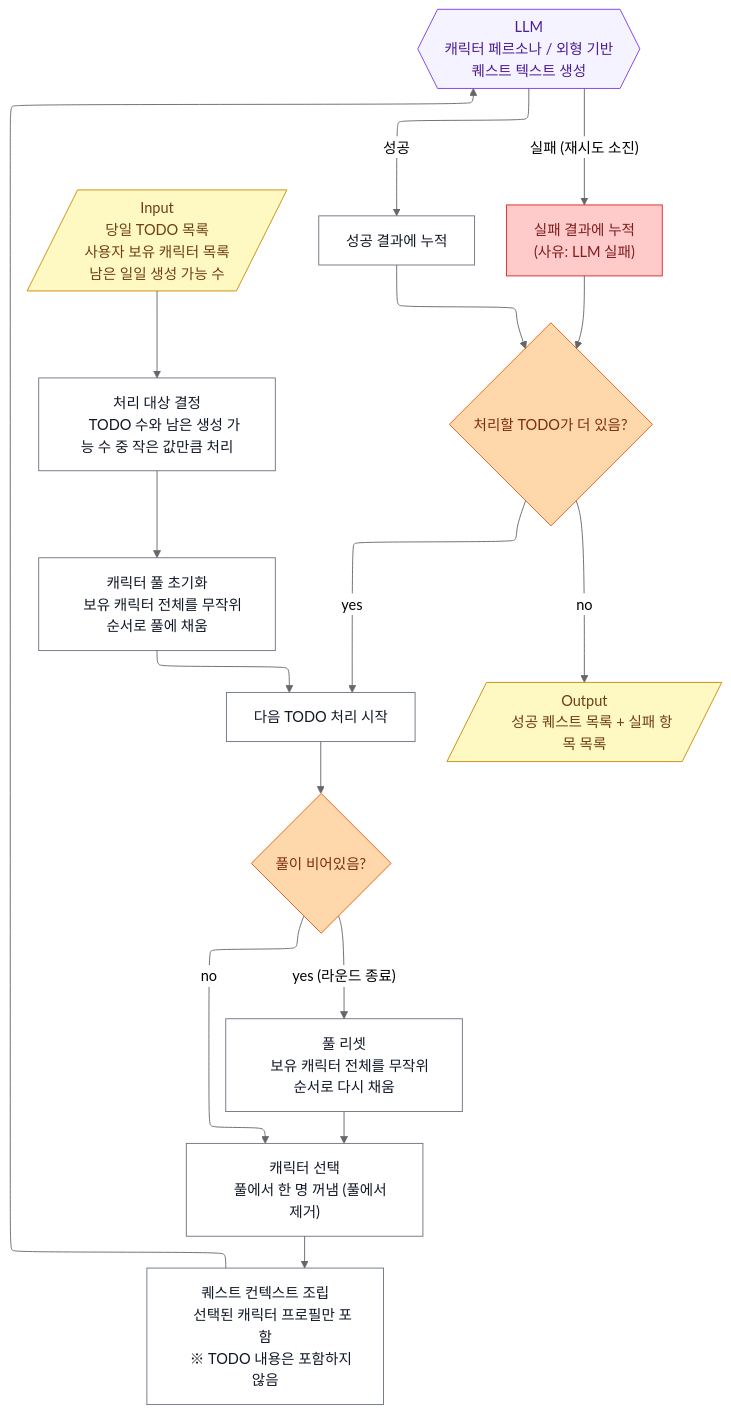
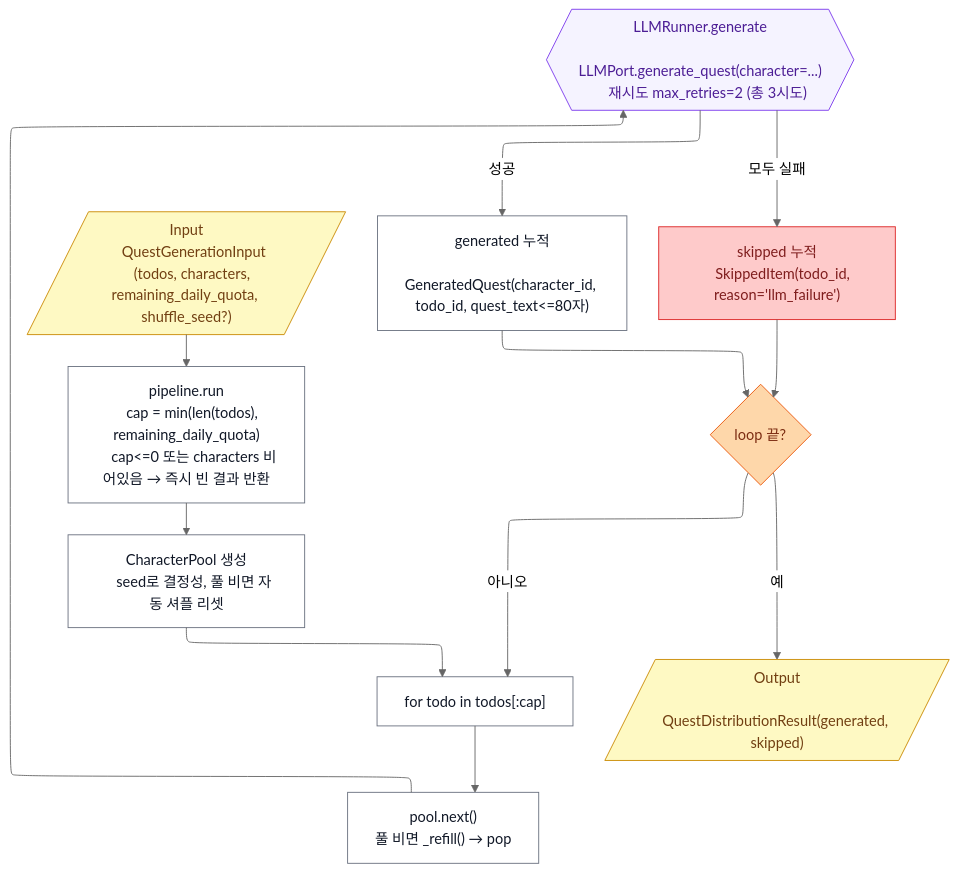
One commit to mong-studio/mongle-ai changed the diagram in docs/features/quest_generation/architecture.mmd. Above: the diagram before and after it, drawn with Mermaid (neutral theme).

Commit message:
docs(quest_generation): update architecture.mmd to as-built (functional pipeline)

```diff
--- a/docs/features/quest_generation/architecture.mmd
+++ b/docs/features/quest_generation/architecture.mmd
@@ -1,62 +1,53 @@
 ---
 config:
   layout: elk
 ---
 flowchart TB
     A[/"Input
-    당일 TODO 목록
-    사용자 보유 캐릭터 목록
-    남은 일일 생성 가능 수"/]
+    QuestGenerationInput
+    (todos, characters, remaining_daily_quota, shuffle_seed?)"/]
 
-    A --> CAP["처리 대상 결정
-    TODO 수와 남은 생성 가능 수 중 작은 값만큼 처리"]
+    A --> CAP["pipeline.run
+    cap = min(len(todos), remaining_daily_quota)
+    cap<=0 또는 characters 비어있음 → 즉시 빈 결과 반환"]
 
-    CAP --> INIT["캐릭터 풀 초기화
-    보유 캐릭터 전체를 무작위 순서로 풀에 채움"]
+    CAP --> INIT["CharacterPool 생성
+    seed로 결정성, 풀 비면 자동 셔플 리셋"]
 
-    INIT --> LP["다음 TODO 처리 시작"]
+    INIT --> LOOP["for todo in todos[:cap]"]
 
-    LP --> PC{"풀이 비어있음?"}
-    PC -- yes (라운드 종료) --> REFILL["풀 리셋
-    보유 캐릭터 전체를 무작위 순서로 다시 채움"]
-    REFILL --> CS
-    PC -- no --> CS["캐릭터 선택
-    풀에서 한 명 꺼냄 (풀에서 제거)"]
+    LOOP --> SELECT["pool.next()
+    풀 비면 _refill() → pop"]
 
-    CS --> CTX["퀘스트 컨텍스트 조립
-    선택된 캐릭터 프로필만 포함
-    ※ TODO 내용은 포함하지 않음"]
+    SELECT --> RUNNER{{"LLMRunner.generate
+    LLMPort.generate_quest(character=...)
+    재시도 max_retries=2 (총 3시도)"}}
 
-    CTX --> LLM{{"LLM
-    캐릭터 페르소나 / 외형 기반
-    퀘스트 텍스트 생성"}}
+    RUNNER -- 성공 --> ACC["generated 누적
+    GeneratedQuest(character_id, todo_id, quest_text<=80자)"]
 
-    LLM -- 성공 --> APPEND["성공 결과에 누적"]
-    LLM -- 실패 (재시도 소진) --> SKIP["실패 결과에 누적
-    (사유: LLM 실패)"]
+    RUNNER -- 모두 실패 --> SKIP["skipped 누적
+    SkippedItem(todo_id, reason='llm_failure')"]
 
-    APPEND --> NEXT{"처리할 TODO가 더 있음?"}
+    ACC --> NEXT{"loop 끝?"}
     SKIP --> NEXT
-    NEXT -- yes --> LP
-    NEXT -- no --> OUT[/"Output
-    성공 퀘스트 목록 + 실패 항목 목록"/]
+    NEXT -- 아니오 --> LOOP
+    NEXT -- 예 --> OUT[/"Output
+    QuestDistributionResult(generated, skipped)"/]
 
     classDef input fill:#fef9c3,stroke:#ca8a04,color:#713f12
     classDef process fill:#ffffff,stroke:#6b7280,color:#111827
     classDef ai fill:#f5f3ff,stroke:#7c3aed,color:#4c1d95
     classDef gate fill:#fed7aa,stroke:#ea580c,color:#7c2d12
     classDef skip fill:#fecaca,stroke:#dc2626,color:#7f1d1d
 
     A:::input
     OUT:::input
     CAP:::process
     INIT:::process
-    LP:::process
-    PC:::gate
-    REFILL:::process
-    CS:::process
-    CTX:::process
-    LLM:::ai
-    APPEND:::process
+    LOOP:::process
+    SELECT:::process
+    RUNNER:::ai
+    ACC:::process
     SKIP:::skip
     NEXT:::gate
```
